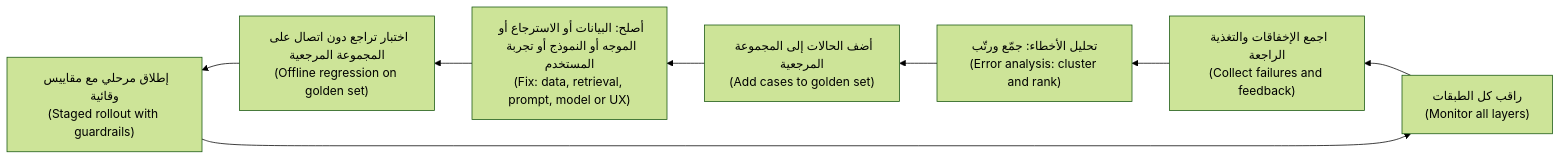
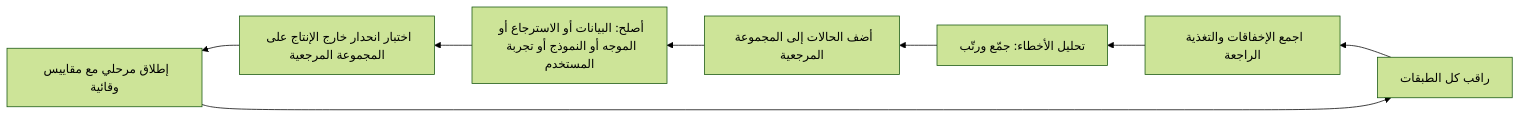
Before and after one commit to Tamoura/system-design-for-vibe-coders: the third of 3 diagrams in aipm/modules/08-metrics.ar.md, drawn with Mermaid (forest theme). The commit also changed other lines of this file and 551 other files, not shown here.

````diff
--- a/aipm/modules/08-metrics.ar.md
+++ b/aipm/modules/08-metrics.ar.md
@@ -524,10 +542,10 @@
 ```mermaid
 flowchart RL
-    M["راقب كل الطبقات<br/>(Monitor all layers)"] --> C["اجمع الإخفاقات والتغذية الراجعة<br/>(Collect failures and feedback)"]
-    C --> A["تحليل الأخطاء: جمّع ورتّب<br/>(Error analysis: cluster and rank)"]
-    A --> G["أضف الحالات إلى المجموعة المرجعية<br/>(Add cases to golden set)"]
-    G --> F["أصلح: البيانات أو الاسترجاع أو الموجه أو النموذج أو تجربة المستخدم<br/>(Fix: data, retrieval, prompt, model or UX)"]
-    F --> R["اختبار تراجع دون اتصال على المجموعة المرجعية<br/>(Offline regression on golden set)"]
-    R --> S["إطلاق مرحلي مع مقاييس وقائية<br/>(Staged rollout with guardrails)"]
+    M["راقب كل الطبقات"] --> C["اجمع الإخفاقات والتغذية الراجعة"]
+    C --> A["تحليل الأخطاء: جمّع ورتّب"]
+    A --> G["أضف الحالات إلى المجموعة المرجعية"]
+    G --> F["أصلح: البيانات أو الاسترجاع أو الموجه أو النموذج أو تجربة المستخدم"]
+    F --> R["اختبار انحدار خارج الإنتاج على المجموعة المرجعية"]
+    R --> S["إطلاق مرحلي مع مقاييس وقائية"]
     S --> M
 ```
````
